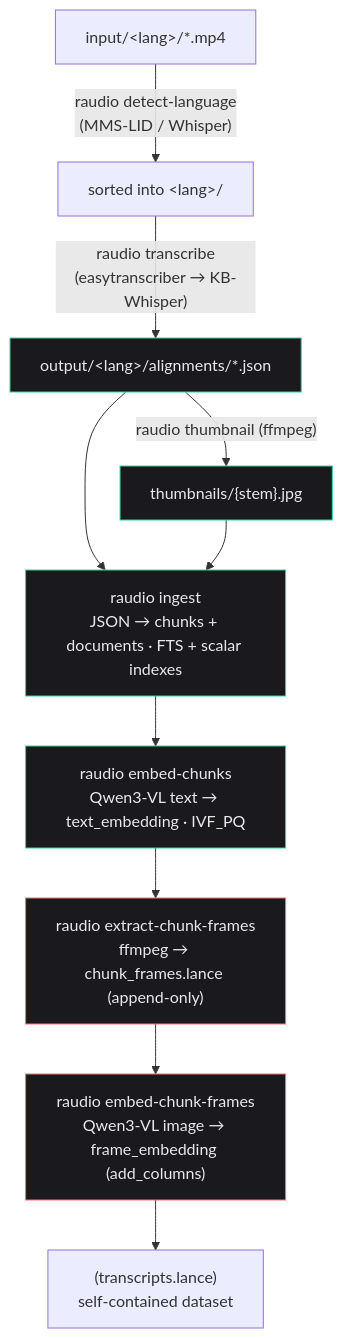
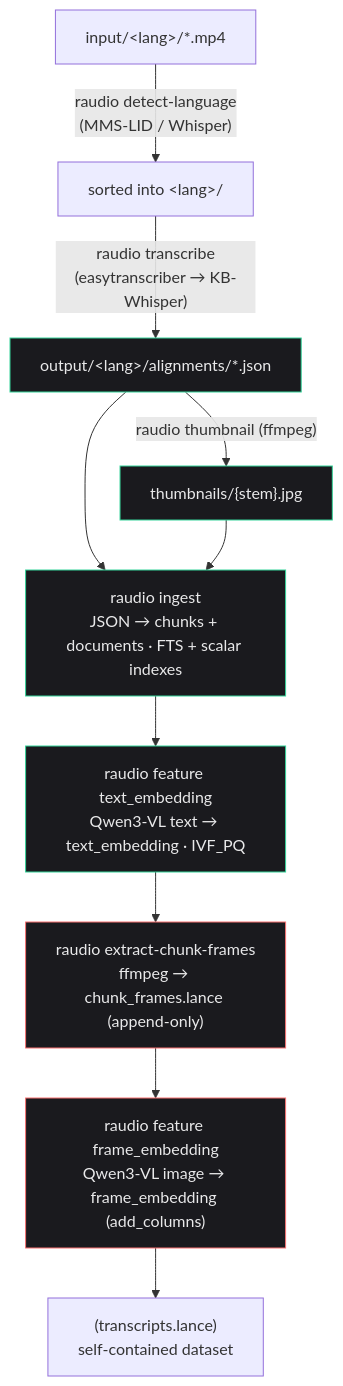
Before and after one commit to Borg93/lance-audio-demo: the third of 4 diagrams in GUIDE.md, drawn with Mermaid. The commit also changed other lines of this file and 16 other files, not shown here.

First line of the commit message:
Split cli.py into a cli/ package; sync docs to current architecture

````diff
--- a/GUIDE.md
+++ b/GUIDE.md
@@ -180,17 +181,17 @@
 ```mermaid
 flowchart TD
     A["input/&lt;lang&gt;/*.mp4"] -->|"raudio detect-language<br/>(MMS-LID / Whisper)"| B["sorted into &lt;lang&gt;/"]
     B -->|"raudio transcribe<br/>(easytranscriber → KB-Whisper)"| C["output/&lt;lang&gt;/alignments/*.json"]
     C -->|"raudio thumbnail (ffmpeg)"| D["thumbnails/{stem}.jpg"]
     C --> E
     D --> E
     E["raudio ingest<br/>JSON → chunks + documents · FTS + scalar indexes"] --> F
-    F["raudio embed-chunks<br/>Qwen3-VL text → text_embedding · IVF_PQ"] --> G
+    F["raudio feature text_embedding<br/>Qwen3-VL text → text_embedding · IVF_PQ"] --> G
     G["raudio extract-chunk-frames<br/>ffmpeg → chunk_frames.lance (append-only)"] --> H
-    H["raudio embed-chunk-frames<br/>Qwen3-VL image → frame_embedding (add_columns)"] --> DB["(transcripts.lance)<br/>self-contained dataset"]
+    H["raudio feature frame_embedding<br/>Qwen3-VL image → frame_embedding (add_columns)"] --> DB["(transcripts.lance)<br/>self-contained dataset"]
 
     classDef done fill:#1a1a1e,stroke:#34d399,color:#e9e9ea;
     classDef blocked fill:#1a1a1e,stroke:#f87171,color:#e9e9ea;
     class C,D,E,F done;
     class G,H blocked;
 ```
````
